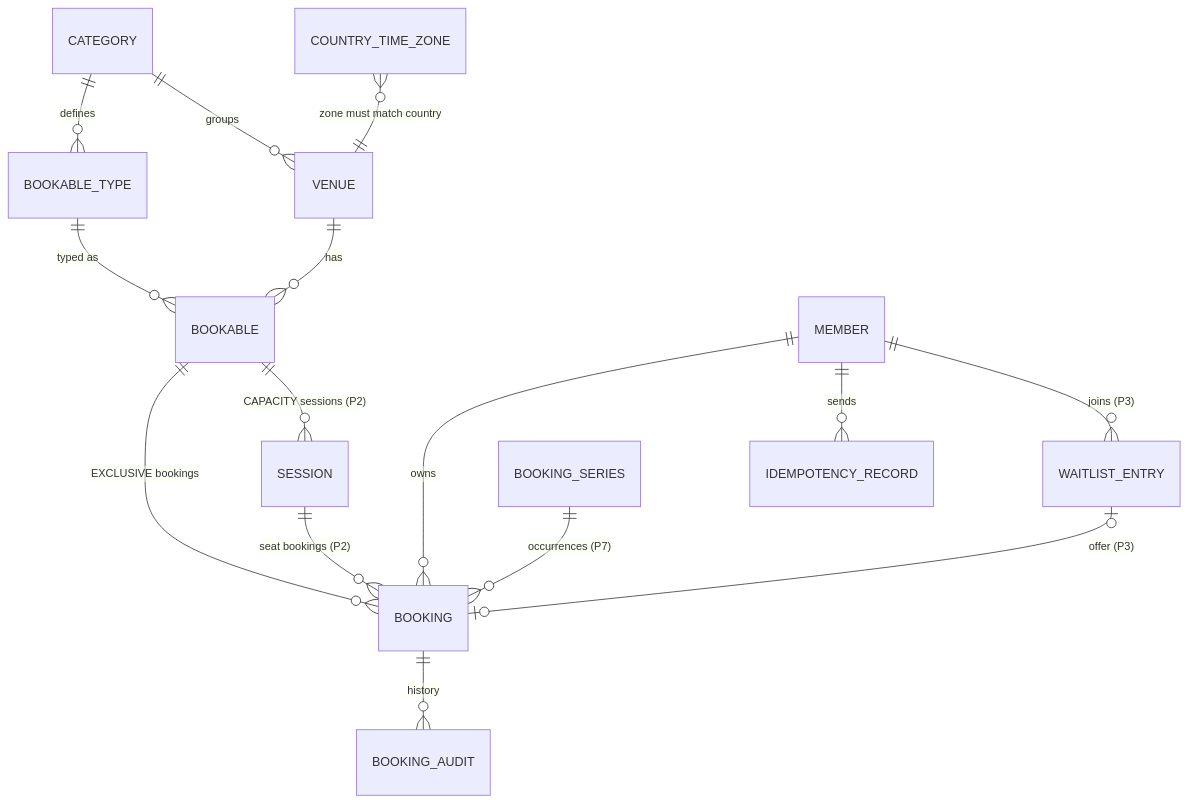
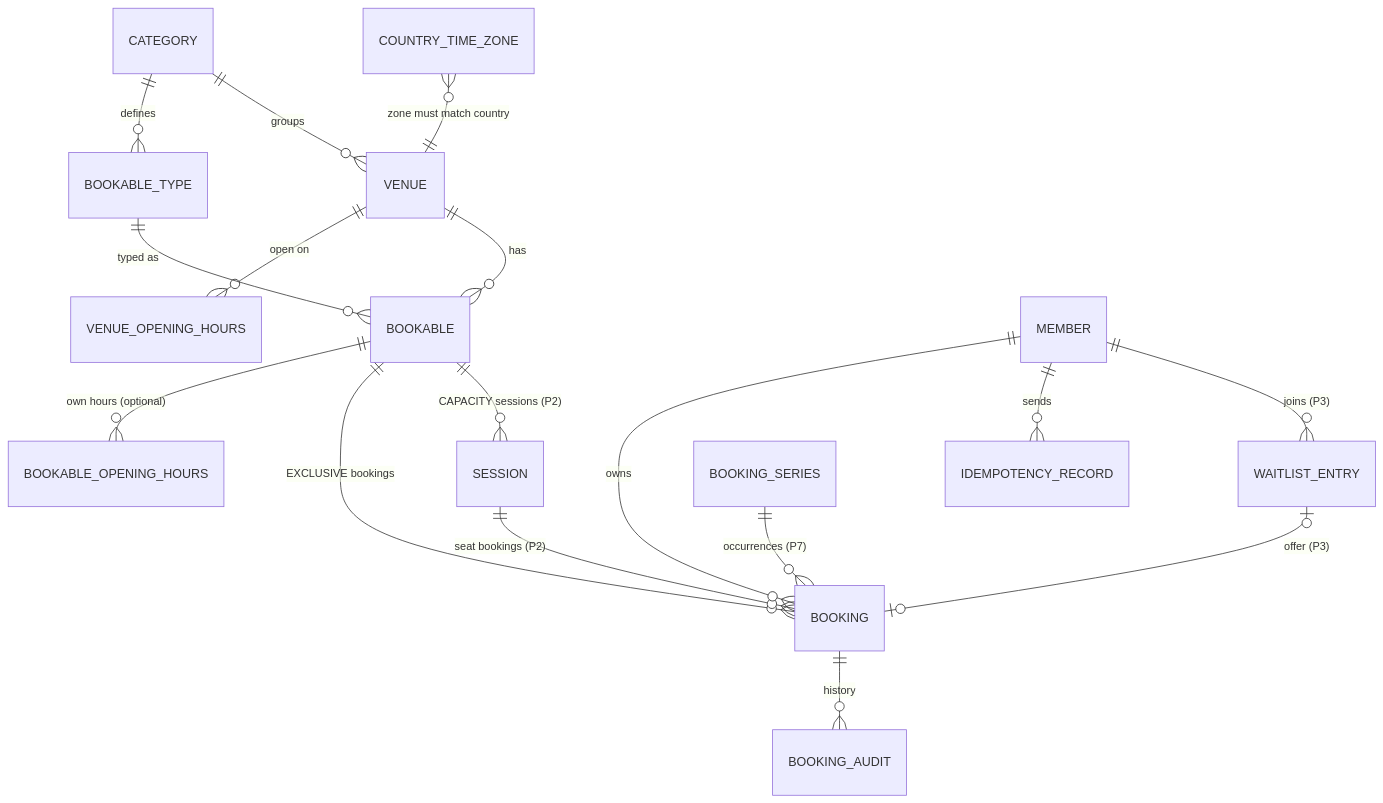
The second of 7 diagrams in ARCHITECTURE.md (chhavinath-bit/GridReserve), drawn with Mermaid before and after one commit. The commit also changed other lines of this file and 5 other files, not shown here.

````diff
--- a/ARCHITECTURE.md
+++ b/ARCHITECTURE.md
@@ -246,17 +246,19 @@
 ```mermaid
 erDiagram
     CATEGORY ||--o{ BOOKABLE_TYPE : defines
     CATEGORY ||--o{ VENUE : groups
     COUNTRY_TIME_ZONE }o--|| VENUE : "zone must match country"
+    VENUE ||--o{ VENUE_OPENING_HOURS : "open on"
+    BOOKABLE ||--o{ BOOKABLE_OPENING_HOURS : "own hours (optional)"
     VENUE ||--o{ BOOKABLE : has
     BOOKABLE_TYPE ||--o{ BOOKABLE : "typed as"
     BOOKABLE ||--o{ BOOKING : "EXCLUSIVE bookings"
     BOOKABLE ||--o{ SESSION : "CAPACITY sessions (P2)"
     SESSION ||--o{ BOOKING : "seat bookings (P2)"
     MEMBER ||--o{ BOOKING : owns
     BOOKING ||--o{ BOOKING_AUDIT : history
     MEMBER ||--o{ IDEMPOTENCY_RECORD : sends
     MEMBER ||--o{ WAITLIST_ENTRY : "joins (P3)"
     WAITLIST_ENTRY |o--o| BOOKING : "offer (P3)"
     BOOKING_SERIES ||--o{ BOOKING : "occurrences (P7)"
 ```
````
